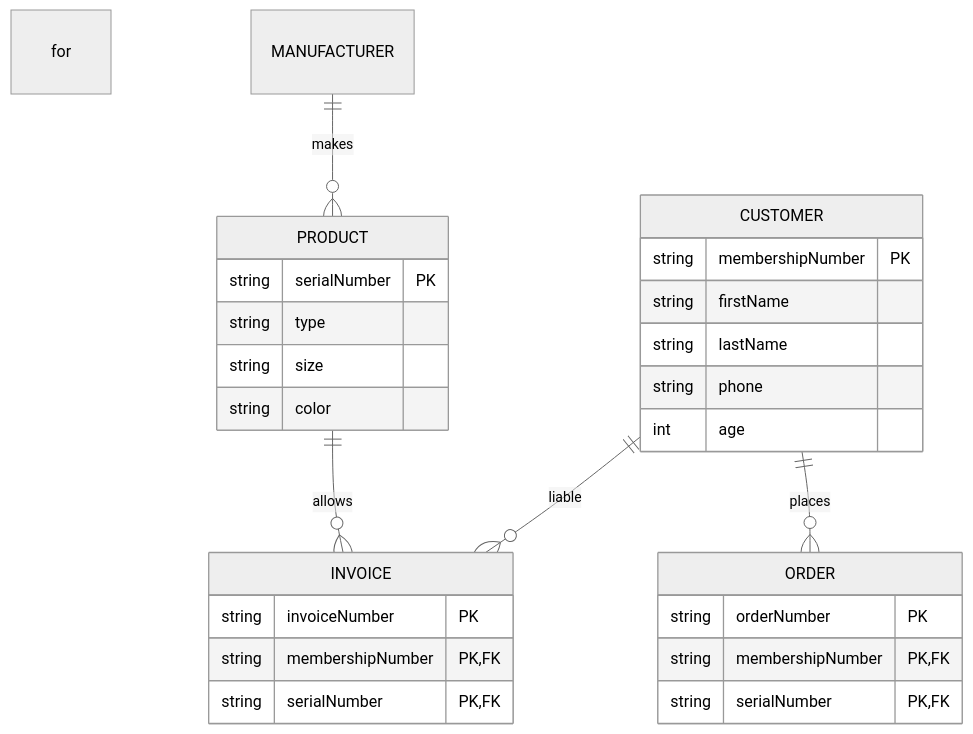
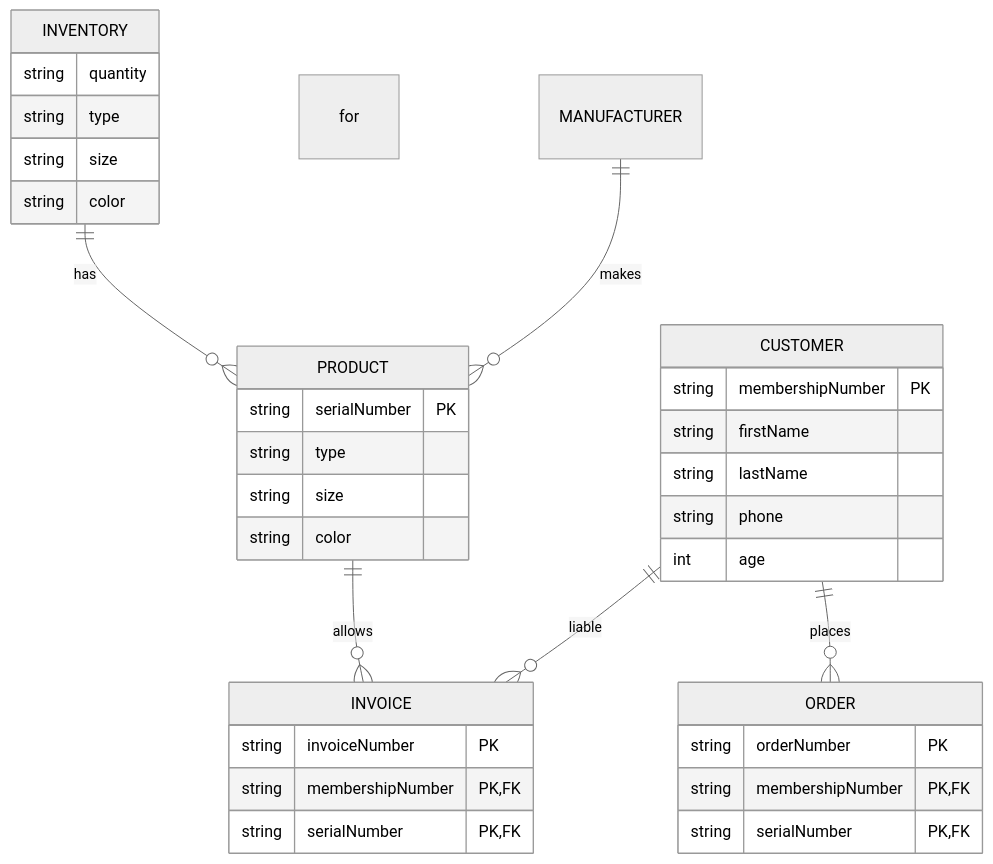
One commit to mealvarez-my-waketech-edu/NikeStore_ERD.md changed the diagram in README.md. Above: the diagram before and after it, drawn with Mermaid (neutral theme).

````diff
--- a/README.md
+++ b/README.md
@@ -8,30 +8,37 @@
 ```mermaid
 erDiagram
     PRODUCT ||--o{ INVOICE : allows
     PRODUCT {
         string serialNumber PK
+        string type
+        string size
+        string color
+    }
+    INVENTORY ||--o{ PRODUCT : has
+    INVENTORY {
+        string quantity
         string type
         string size
         string color
     }
     CUSTOMER ||--o{ ORDER : places
     CUSTOMER ||--o{ INVOICE : liable for
     CUSTOMER {
         string membershipNumber PK
         string firstName
         string lastName
         string phone
         int age
     }
     ORDER {
         string orderNumber PK
         string membershipNumber PK, FK
         string serialNumber PK, FK
     }
     INVOICE {
         string invoiceNumber PK
         string membershipNumber PK, FK
         string serialNumber PK, FK
     }
     MANUFACTURER only one to zero or more PRODUCT : makes
 ```
````
